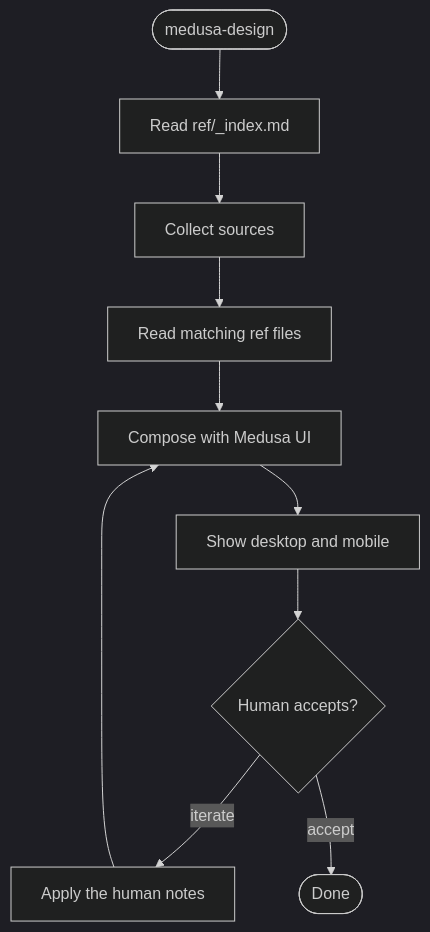
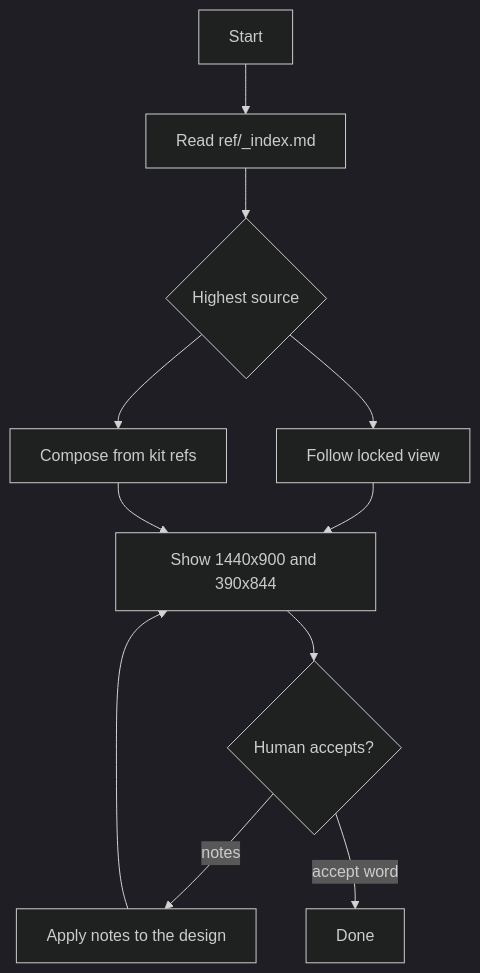
The diagram in skills/medusa-design/SKILL.md (jakubtobiasz/ai-kit), drawn with Mermaid (dark theme) before and after one commit. The commit also changed other lines of this file and 6 other files, not shown here.

````diff
--- a/skills/medusa-design/SKILL.md
+++ b/skills/medusa-design/SKILL.md
@@ -13,12 +46,13 @@
 ```mermaid
 flowchart TD
-  Start([medusa-design]) --> Index["Read ref/_index.md"]
-  Index --> Collect["Collect sources"]
-  Collect --> Kit["Read matching ref files"]
-  Kit --> Compose["Compose with Medusa UI"]
-  Compose --> Show["Show desktop and mobile"]
-  Show --> Gate{"Human accepts?"}
-  Gate -->|iterate| Notes["Apply the human notes"]
-  Notes --> Compose
-  Gate -->|accept| Done([Done])
+  Start[Start] --> Index[Read ref/_index.md]
+  Index --> Rank{Highest source}
+  Rank --> Locked[Follow locked view]
+  Rank --> Custom[Compose from kit refs]
+  Locked --> Show[Show 1440x900 and 390x844]
+  Custom --> Show
+  Show --> Gate{Human accepts?}
+  Gate -->|notes| Notes[Apply notes to the design]
+  Notes --> Show
+  Gate -->|accept word| Done[Done]
 ```
````
